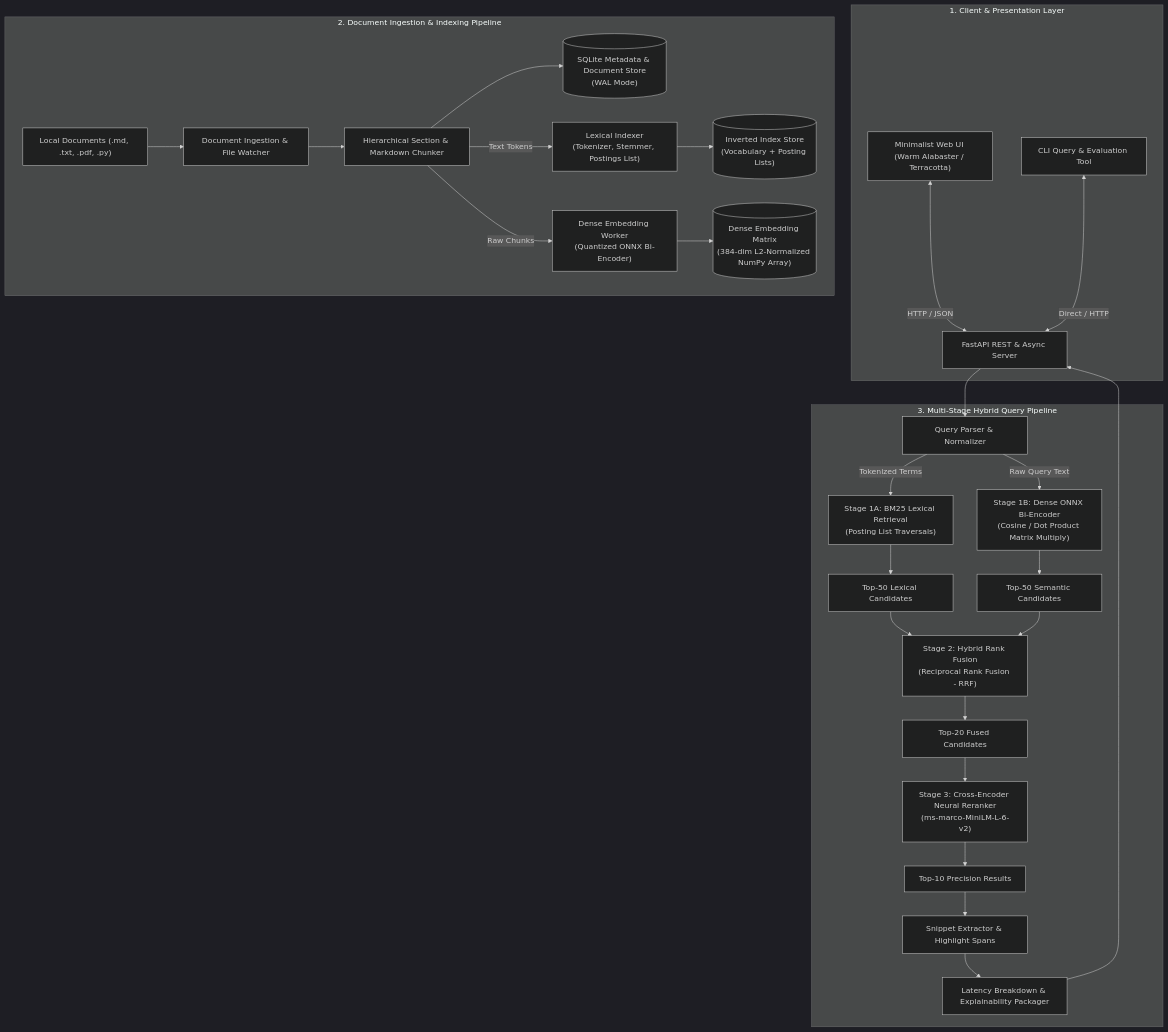
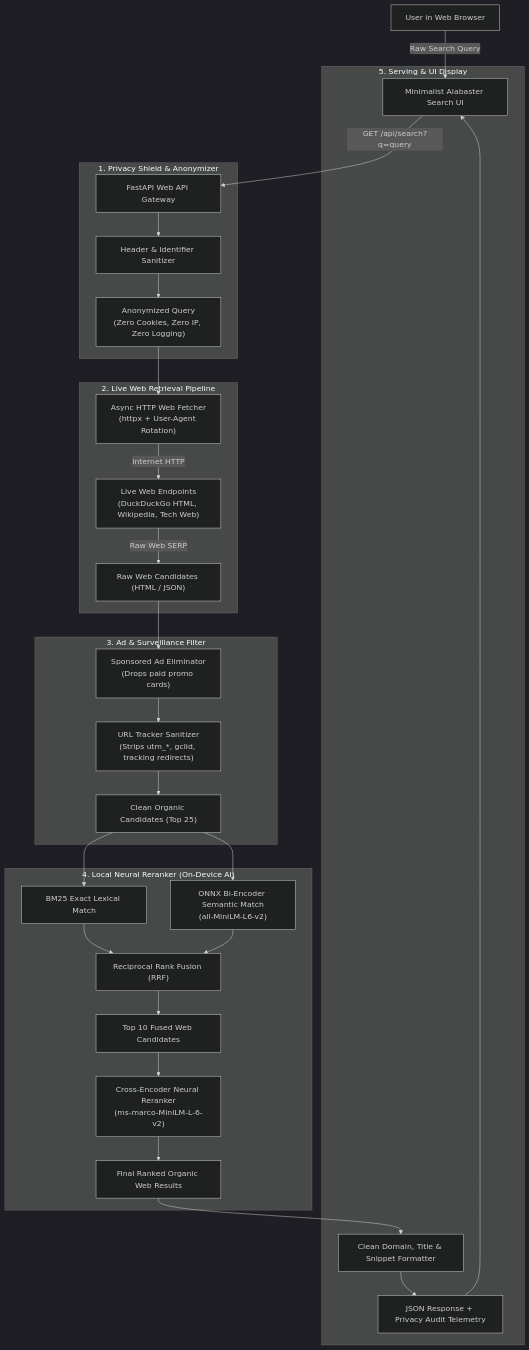
Before and after one commit to aftab125-del/neural-search-engine: the diagram in ARCHITECTURE.md, drawn with Mermaid (dark theme). The commit also changed other lines of this file and 15 other files, not shown here.

Commit message:
feat: transform into private ad-free internet search engine with on-device neural reranking

````diff
--- a/ARCHITECTURE.md
+++ b/ARCHITECTURE.md
@@ -11,44 +11,38 @@
 ```mermaid
 flowchart TD
-    subgraph ClientLayer ["1. Client & Presentation Layer"]
-        UI["Minimalist Web UI (Warm Alabaster / Terracotta)"]
-        CLI["CLI Query & Evaluation Tool"]
-        API["FastAPI REST & Async Server"]
-        UI <-->|HTTP / JSON| API
-        CLI <-->|Direct / HTTP| API
+    User["User in Web Browser"] -->|Raw Search Query| Frontend["Minimalist Alabaster Search UI"]
+    Frontend -->|GET /api/search?q=query| Gateway["FastAPI Web API Gateway"]
+    
+    subgraph PrivacyShield ["1. Privacy Shield & Anonymizer"]
+        Gateway --> Proxy["Header & Identifier Sanitizer"]
+        Proxy --> CleanQuery["Anonymized Query<br/>(Zero Cookies, Zero IP, Zero Logging)"]
     end
 
-    subgraph IngestionPipeline ["2. Document Ingestion & Indexing Pipeline"]
-        Files["Local Documents (.md, .txt, .pdf, .py)"] --> Ingestor["Document Ingestion & File Watcher"]
-        Ingestor --> Chunker["Hierarchical Section & Markdown Chunker"]
-        Chunker --> DocStore[("SQLite Metadata & Document Store<br/>(WAL Mode)")]
-        
-        Chunker -->|Text Tokens| LexicalWorker["Lexical Indexer<br/>(Tokenizer, Stemmer, Postings List)"]
-        Chunker -->|Raw Chunks| DenseWorker["Dense Embedding Worker<br/>(Quantized ONNX Bi-Encoder)"]
-        
-        LexicalWorker --> InvertedIndex[("Inverted Index Store<br/>(Vocabulary + Posting Lists)")]
-        DenseWorker --> VectorStore[("Dense Embedding Matrix<br/>(384-dim L2-Normalized NumPy Array)")]
+    subgraph WebRetrieval ["2. Live Web Retrieval Pipeline"]
+        CleanQuery --> WebClient["Async HTTP Web Fetcher<br/>(httpx + User-Agent Rotation)"]
+        WebClient -->|Internet HTTP| Sources["Live Web Endpoints<br/>(DuckDuckGo HTML, Wikipedia, Tech Web)"]
+        Sources -->|Raw Web SERP| RawResults["Raw Web Candidates (HTML / JSON)"]
     end
 
-    subgraph QueryPipeline ["3. Multi-Stage Hybrid Query Pipeline"]
-        API --> QueryEngine["Query Parser & Normalizer"]
-        
-        QueryEngine -->|Tokenized Terms| BM25Stage["Stage 1A: BM25 Lexical Retrieval<br/>(Posting List Traversals)"]
-        QueryEngine -->|Raw Query Text| BiEncoderStage["Stage 1B: Dense ONNX Bi-Encoder<br/>(Cosine / Dot Product Matrix Multiply)"]
-        
-        BM25Stage --> LexicalTopK["Top-50 Lexical Candidates"]
-        BiEncoderStage --> DenseTopK["Top-50 Semantic Candidates"]
-        
-        LexicalTopK --> FusionEngine["Stage 2: Hybrid Rank Fusion<br/>(Reciprocal Rank Fusion - RRF)"]
-        DenseTopK --> FusionEngine
-        
-        FusionEngine --> Top20["Top-20 Fused Candidates"]
-        
-        Top20 --> CrossEncoderStage["Stage 3: Cross-Encoder Neural Reranker<br/>(ms-marco-MiniLM-L-6-v2)"]
-        
-        CrossEncoderStage --> Top10Final["Top-10 Precision Results"]
-        Top10Final --> Highlighter["Snippet Extractor & Highlight Spans"]
-        Highlighter --> Telemetry["Latency Breakdown & Explainability Packager"]
-        Telemetry --> API
+    subgraph SanitizationLayer ["3. Ad & Surveillance Filter"]
+        RawResults --> AdFilter["Sponsored Ad Eliminator<br/>(Drops paid promo cards)"]
+        AdFilter --> URLCleaner["URL Tracker Sanitizer<br/>(Strips utm_*, gclid, tracking redirects)"]
+        URLCleaner --> CleanWebCandidates["Clean Organic Candidates (Top 25)"]
+    end
+
+    subgraph NeuralRerankLayer ["4. Local Neural Reranker (On-Device AI)"]
+        CleanWebCandidates --> LexicalScore["BM25 Exact Lexical Match"]
+        CleanWebCandidates --> DenseScore["ONNX Bi-Encoder Semantic Match<br/>(all-MiniLM-L6-v2)"]
+        LexicalScore --> Fusion["Reciprocal Rank Fusion (RRF)"]
+        DenseScore --> Fusion
+        Fusion --> TopCandidates["Top 10 Fused Web Candidates"]
+        TopCandidates --> CrossEncoder["Cross-Encoder Neural Reranker<br/>(ms-marco-MiniLM-L-6-v2)"]
+        CrossEncoder --> FinalRanked["Final Ranked Organic Web Results"]
+    end
+
+    subgraph ResponseLayer ["5. Serving & UI Display"]
+        FinalRanked --> SnippetFormat["Clean Domain, Title & Snippet Formatter"]
+        SnippetFormat --> ResponsePayload["JSON Response + Privacy Audit Telemetry"]
+        ResponsePayload --> Frontend
     end
 ```
````
